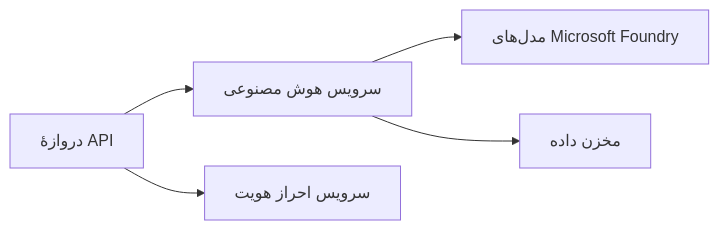
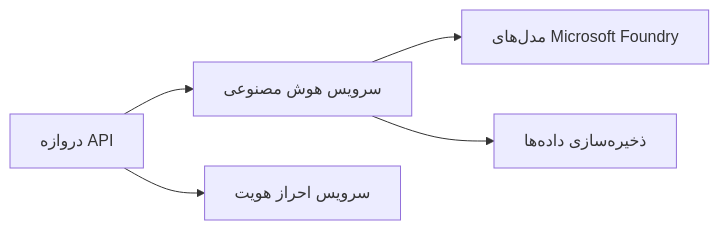
Before and after one commit to microsoft/AZD-for-beginners: the first of 2 diagrams in translations/fa/docs/chapter-08-production/README.md, drawn with Mermaid. The commit also changed other lines of this file and 3 other files, not shown here.

````diff
--- a/translations/fa/docs/chapter-08-production/README.md
+++ b/translations/fa/docs/chapter-08-production/README.md
@@ -48,6 +48,6 @@
 ```mermaid
 graph LR
-    Gateway[دروازهٔ API] --> AI[سرویس هوش مصنوعی] --> Models[مدل‌های Microsoft Foundry]
+    Gateway[دروازه API] --> AI[سرویس هوش مصنوعی] --> Models[مدل‌های Microsoft Foundry]
     Gateway --> Auth[سرویس احراز هویت]
-    AI --> Data[مخزن داده]
+    AI --> Data[ذخیره‌سازی داده‌ها]
 ```
````
